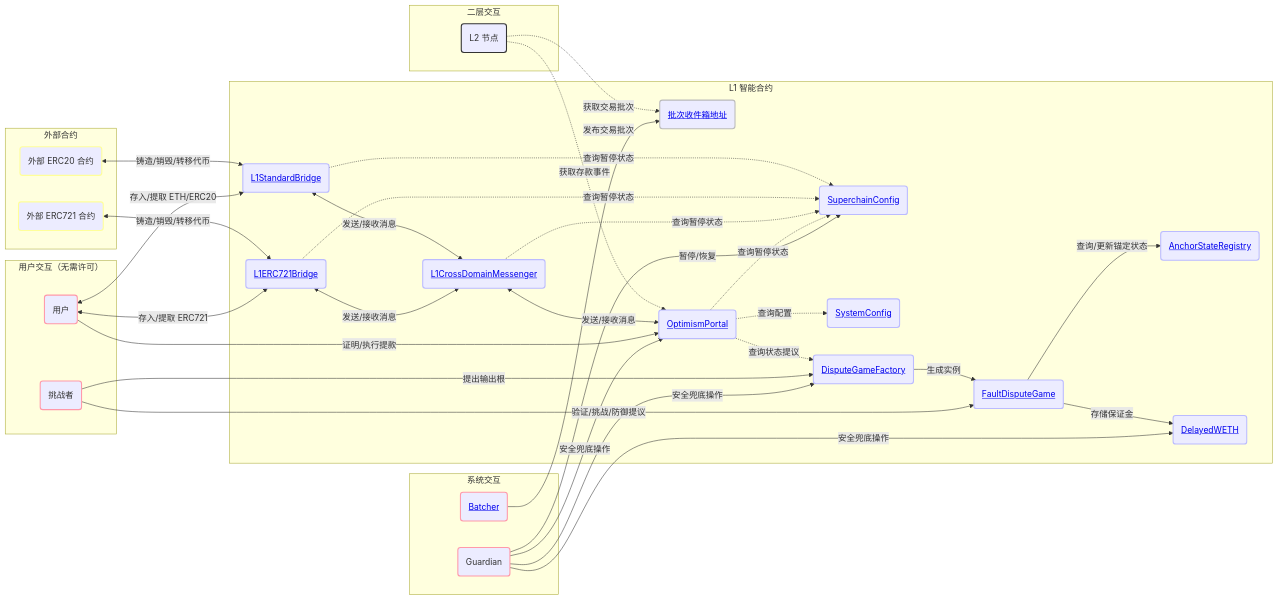
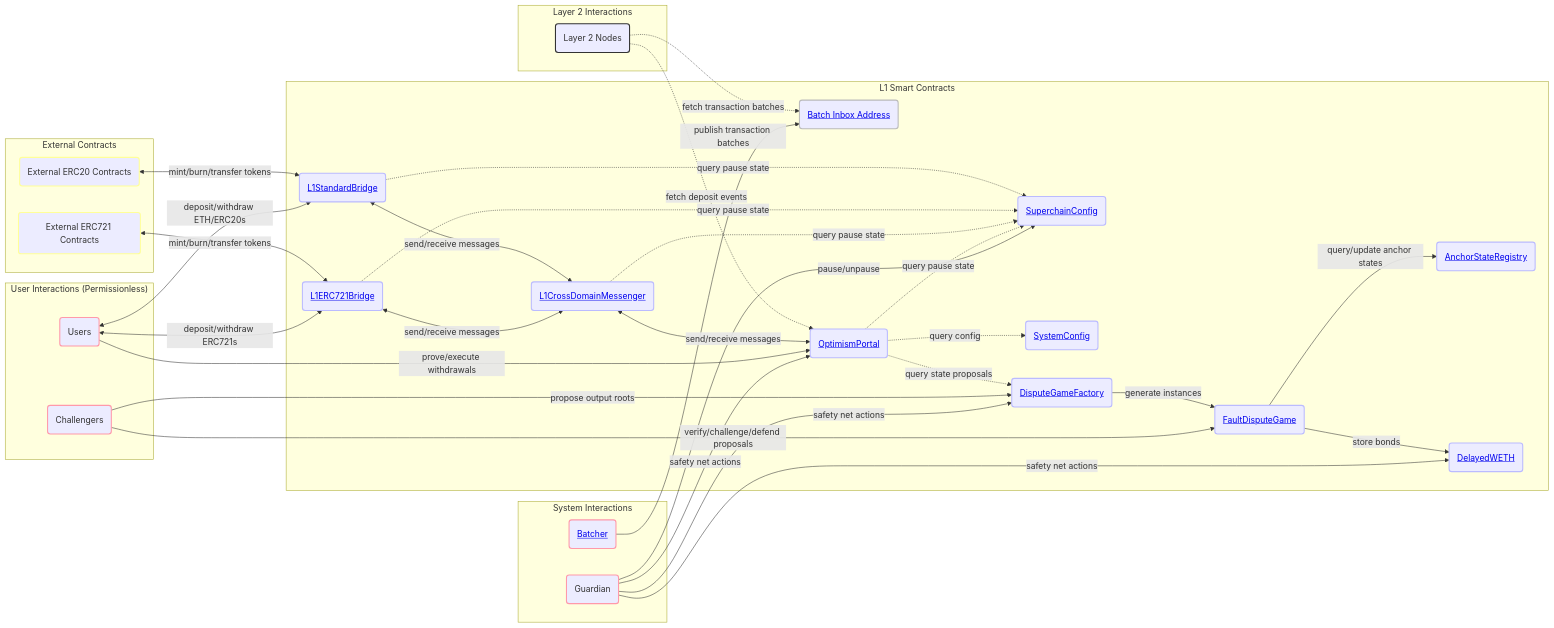
One commit to ywy2090/deep-into-solidity changed the first of 4 diagrams in layer2/optimism/optimism-codebase-protocol-overview.md. Above: the diagram before and after it, drawn with Mermaid. The commit also changed other lines of this file and 1 other file, not shown here.

````diff
--- a/layer2/optimism/optimism-codebase-protocol-overview.md
+++ b/layer2/optimism/optimism-codebase-protocol-overview.md
@@ -54,75 +54,75 @@
 ```mermaid
 graph LR
-    subgraph "外部合约"
-        ExternalERC20(外部 ERC20 合约)
-        ExternalERC721(外部 ERC721 合约)
+    subgraph "External Contracts"
+        ExternalERC20(External ERC20 Contracts)
+        ExternalERC721(External ERC721 Contracts)
     end
 
-    subgraph "L1 智能合约"
-        BatchDataEOA(<a href="https://specs.optimism.io/glossary.html#batcher-transaction">批次收件箱地址</a>)
-        L1StandardBridge(<a href="https://specs.optimism.io/protocol/bridges.html">L1StandardBridge</a>)
-        L1ERC721Bridge(<a href="https://specs.optimism.io/protocol/bridges.html">L1ERC721Bridge</a>)
-        L1CrossDomainMessenger(<a href="https://specs.optimism.io/protocol/messengers.html">L1CrossDomainMessenger</a>)
-        OptimismPortal(<a href="https://specs.optimism.io/protocol/withdrawals.html#the-optimism-portal-contract">OptimismPortal</a>)
-        SuperchainConfig(<a href="https://specs.optimism.io/protocol/superchain-config.html">SuperchainConfig</a>)
-        SystemConfig(<a href="https://specs.optimism.io/protocol/system-config.html">SystemConfig</a>)
-        DisputeGameFactory(<a href="https://specs.optimism.io/fault-proof/stage-one/dispute-game-interface.html#disputegamefactory-interface">DisputeGameFactory</a>)
-        FaultDisputeGame(<a href="https://specs.optimism.io/fault-proof/stage-one/fault-dispute-game.html">FaultDisputeGame</a>)
-        AnchorStateRegistry(<a href="https://specs.optimism.io/fault-proof/stage-one/fault-dispute-game.html#anchor-state-registry">AnchorStateRegistry</a>)
-        DelayedWETH(<a href="https://specs.optimism.io/fault-proof/stage-one/bond-incentives.html#delayedweth">DelayedWETH</a>)
+    subgraph "L1 Smart Contracts"
+        BatchDataEOA(<a href="../glossary.html#batcher-transaction">Batch Inbox Address</a>)
+        L1StandardBridge(<a href="./bridges.html">L1StandardBridge</a>)
+        L1ERC721Bridge(<a href="./bridges.html">L1ERC721Bridge</a>)
+        L1CrossDomainMessenger(<a href="./messengers.html">L1CrossDomainMessenger</a>)
+        OptimismPortal(<a href="./withdrawals.html#the-optimism-portal-contract">OptimismPortal</a>)
+        SuperchainConfig(<a href="./superchain-config.html">SuperchainConfig</a>)
+        SystemConfig(<a href="./system-config.html">SystemConfig</a>)
+        DisputeGameFactory(<a href="../fault-proof/stage-one/dispute-game-interface.html#disputegamefactory-interface">DisputeGameFactory</a>)
+        FaultDisputeGame(<a href="../fault-proof/stage-one/fault-dispute-game.html">FaultDisputeGame</a>)
+        AnchorStateRegistry(<a href="../fault-proof/stage-one/fault-dispute-game.html#anchor-state-registry">AnchorStateRegistry</a>)
+        DelayedWETH(<a href="../fault-proof/stage-one/bond-incentives.html#delayedweth#de">DelayedWETH</a>)
     end
 
-    subgraph "用户交互（无需许可）"
-        Users(用户)
-        Challengers(挑战者)
+    subgraph "User Interactions (Permissionless)"
+        Users(Users)
+        Challengers(Challengers)
     end
 
-    subgraph "系统交互"
+    subgraph "System Interactions"
         Guardian(Guardian)
-        Batcher(<a href="https://specs.optimism.io/protocol/batcher.html">Batcher</a>)
+        Batcher(<a href="./batcher.html">Batcher</a>)
     end
 
-    subgraph "二层交互"
-        L2Nodes(L2 节点)
+    subgraph "Layer 2 Interactions"
+        L2Nodes(Layer 2 Nodes)
     end
 
-    L2Nodes -.->|获取交易批次| BatchDataEOA
-    L2Nodes -.->|获取存款事件| OptimismPortal
+    L2Nodes -.->|fetch transaction batches| BatchDataEOA
+    L2Nodes -.->|fetch deposit events| OptimismPortal
 
-    Batcher -->|发布交易批次| BatchDataEOA
+    Batcher -->|publish transaction batches| BatchDataEOA
 
-    ExternalERC20 <-->|铸造/销毁/转移代币| L1StandardBridge
-    ExternalERC721 <-->|铸造/销毁/转移代币| L1ERC721Bridge
+    ExternalERC20 <-->|mint/burn/transfer tokens| L1StandardBridge
+    ExternalERC721 <-->|mint/burn/transfer tokens| L1ERC721Bridge
 
-    L1StandardBridge <-->|发送/接收消息| L1CrossDomainMessenger
-    L1StandardBridge -.->|查询暂停状态| SuperchainConfig
+    L1StandardBridge <-->|send/receive messages| L1CrossDomainMessenger
+    L1StandardBridge -.->|query pause state| SuperchainConfig
 
-    L1ERC721Bridge <-->|发送/接收消息| L1CrossDomainMessenger
-    L1ERC721Bridge -.->|查询暂停状态| SuperchainConfig
+    L1ERC721Bridge <-->|send/receive messages| L1CrossDomainMessenger
+    L1ERC721Bridge -.->|query pause state| SuperchainConfig
 
-    L1CrossDomainMessenger <-->|发送/接收消息| OptimismPortal
-    L1CrossDomainMessenger -.->|查询暂停状态| SuperchainConfig
+    L1CrossDomainMessenger <-->|send/receive messages| OptimismPortal
+    L1CrossDomainMessenger -.->|query pause state| SuperchainConfig
 
-    OptimismPortal -.->|查询暂停状态| SuperchainConfig
-    OptimismPortal -.->|查询配置| SystemConfig
-    OptimismPortal -.->|查询状态提议| DisputeGameFactory
+    OptimismPortal -.->|query pause state| SuperchainConfig
+    OptimismPortal -.->|query config| SystemConfig
+    OptimismPortal -.->|query state proposals| DisputeGameFactory
 
-    DisputeGameFactory -->|生成实例| FaultDisputeGame
+    DisputeGameFactory -->|generate instances| FaultDisputeGame
 
-    FaultDisputeGame -->|存储保证金| DelayedWETH
-    FaultDisputeGame -->|查询/更新锚定状态| AnchorStateRegistry
+    FaultDisputeGame -->|store bonds| DelayedWETH
+    FaultDisputeGame -->|query/update anchor states| AnchorStateRegistry
 
-    Users <-->|存入/提取 ETH/ERC20| L1StandardBridge
-    Users <-->|存入/提取 ERC721| L1ERC721Bridge
-    Users -->|证明/执行提款| OptimismPortal
+    Users <-->|deposit/withdraw ETH/ERC20s| L1StandardBridge
+    Users <-->|deposit/withdraw ERC721s| L1ERC721Bridge
+    Users -->|prove/execute withdrawals| OptimismPortal
 
-    Challengers -->|提出输出根| DisputeGameFactory
-    Challengers -->|验证/挑战/防御提议| FaultDisputeGame
+    Challengers -->|propose output roots| DisputeGameFactory
+    Challengers -->|verify/challenge/defend proposals| FaultDisputeGame
 
-    Guardian -->|暂停/恢复| SuperchainConfig
-    Guardian -->|安全兜底操作| OptimismPortal
-    Guardian -->|安全兜底操作| DisputeGameFactory
-    Guardian -->|安全兜底操作| DelayedWETH
+    Guardian -->|pause/unpause| SuperchainConfig
+    Guardian -->|safety net actions| OptimismPortal
+    Guardian -->|safety net actions| DisputeGameFactory
+    Guardian -->|safety net actions| DelayedWETH
 
     classDef extContracts stroke:#ff9,stroke-width:2px;
     classDef l1Contracts stroke:#bbf,stroke-width:2px;
````
